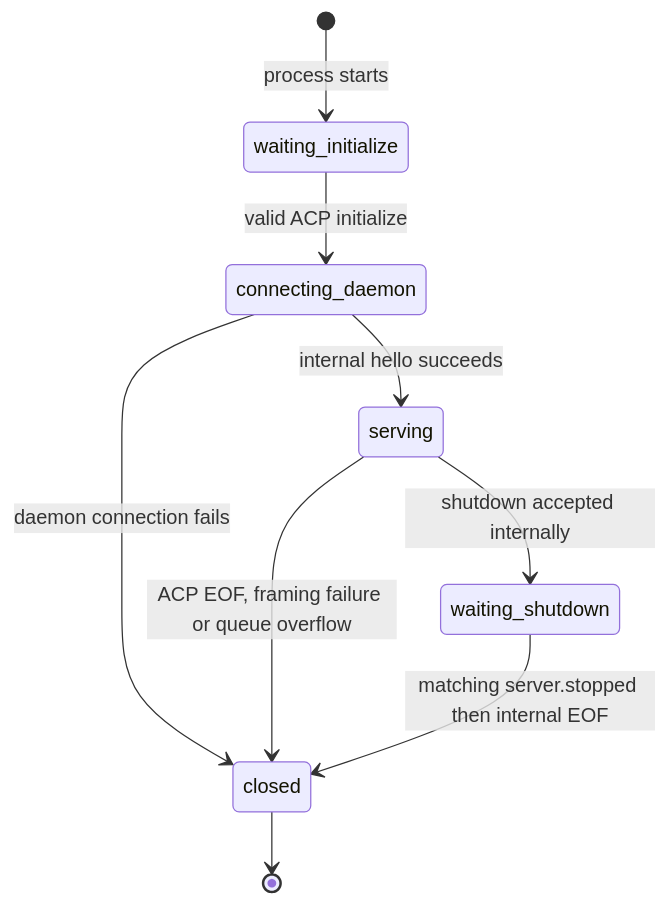
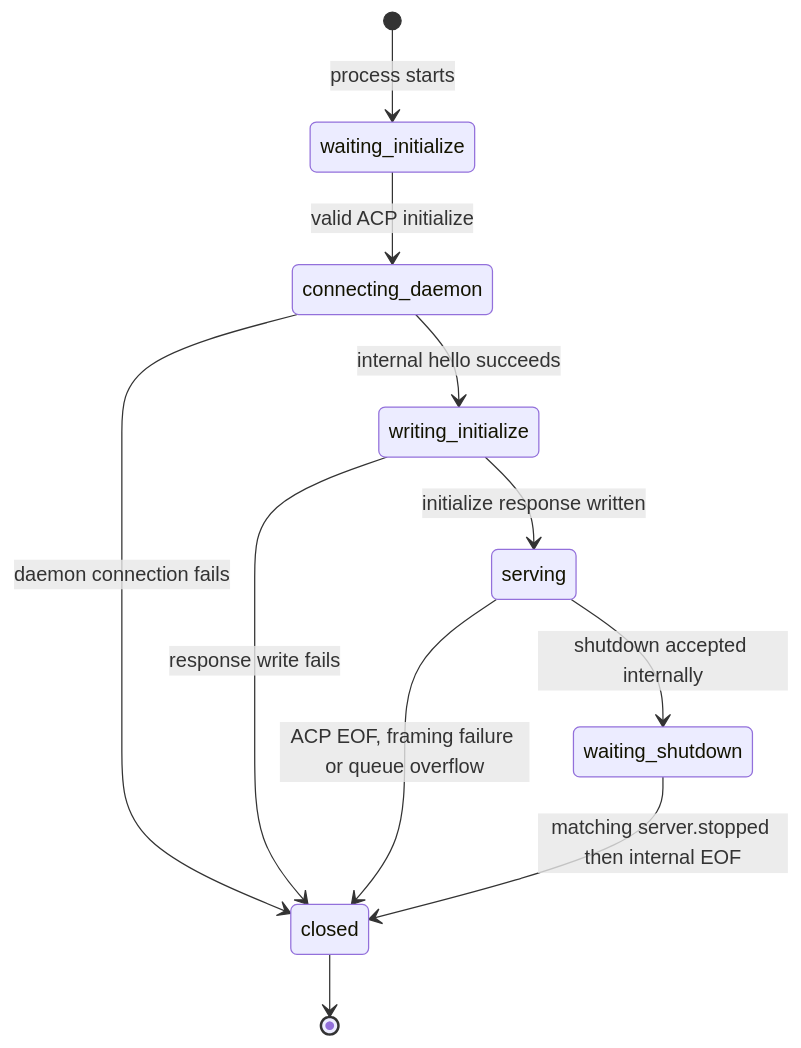
One commit to guygrigsby/rudy changed the second of 10 diagrams in docs/specs/rudy-domain-model.md. Above: the diagram before and after it, drawn with Mermaid. The commit also changed other lines of this file and 10 other files, not shown here.

````diff
--- a/docs/specs/rudy-domain-model.md
+++ b/docs/specs/rudy-domain-model.md
@@ -161,11 +283,13 @@
 ```mermaid
 stateDiagram-v2
     [*] --> waiting_initialize: process starts
     waiting_initialize --> connecting_daemon: valid ACP initialize
-    connecting_daemon --> serving: internal hello succeeds
+    connecting_daemon --> writing_initialize: internal hello succeeds
     connecting_daemon --> closed: daemon connection fails
+    writing_initialize --> serving: initialize response written
+    writing_initialize --> closed: response write fails
     serving --> closed: ACP EOF, framing failure or queue overflow
     serving --> waiting_shutdown: shutdown accepted internally
     waiting_shutdown --> closed: matching server.stopped then internal EOF
     closed --> [*]
 ```
````
